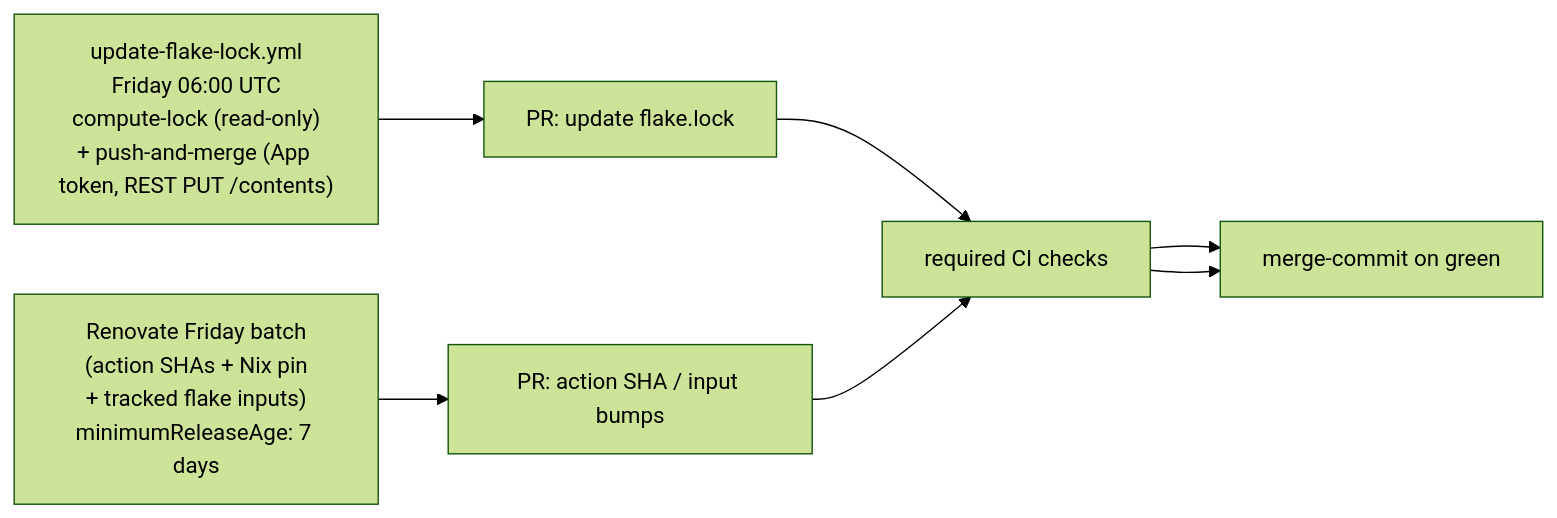
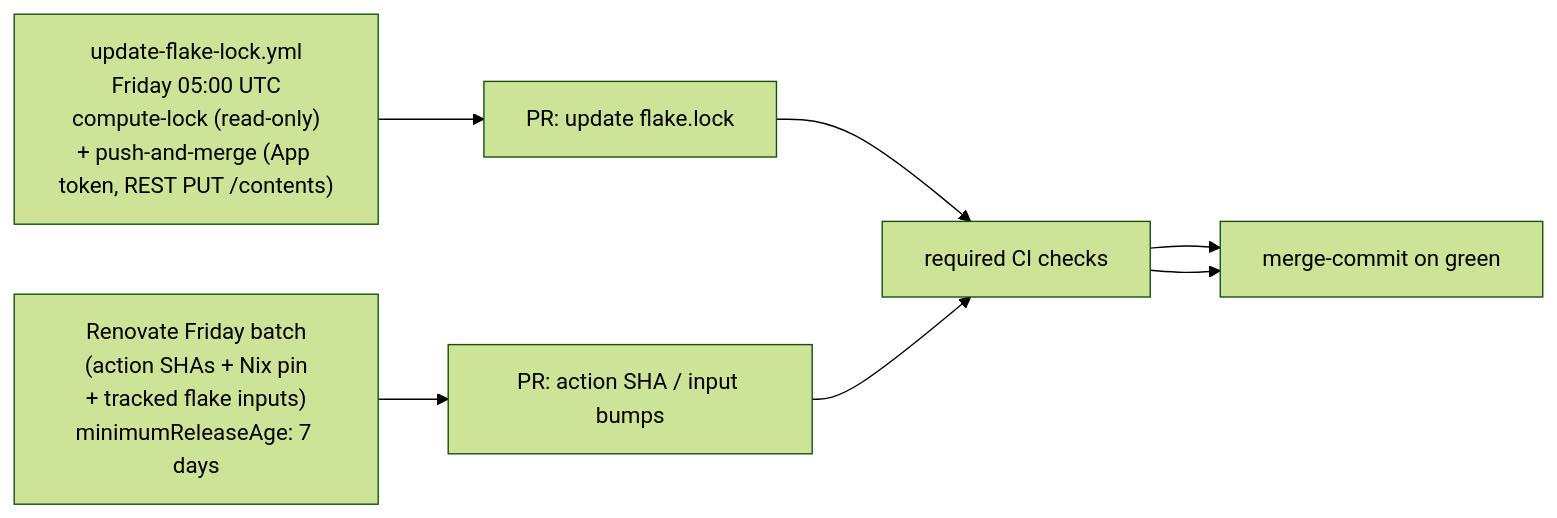
Before and after one commit to rvenutolo/linPEAS-flake: the third of 3 diagrams in docs/architecture/auto-update.md, drawn with Mermaid (forest theme). The commit also changed 2 other files, not shown here.

Commit message:
docs: correct stale update-flake-lock and reproducibility cron times
The authoritative schedule table in docs/architecture/ci.md and the
workflow crons disagree with three prose/diagram references:

- auto-update.md diagram said update-flake-lock runs Friday 06:00 UTC;
  the cron is `0 5 * * 5` (Friday 05:00 UTC).
- flake-input-bumps.md said the cron runs Monday 06:00 UTC; it is
  Friday 05:00 UTC.
- reproducibility-check.md said the workflow runs Sunday 06:00 UTC; the
  cron is `10 5 * * 5` (Friday 05:10 UTC).

Align all three with the real crons.

````diff
--- a/docs/architecture/auto-update.md
+++ b/docs/architecture/auto-update.md
@@ -45,12 +45,12 @@
 ```mermaid
 flowchart LR
-  flakelock["update-flake-lock.yml<br/>Friday 06:00 UTC<br/>compute-lock (read-only)<br/>+ push-and-merge (App token, REST PUT /contents)"]
+  flakelock["update-flake-lock.yml<br/>Friday 05:00 UTC<br/>compute-lock (read-only)<br/>+ push-and-merge (App token, REST PUT /contents)"]
   renovate["Renovate Friday batch<br/>(action SHAs + Nix pin<br/>+ tracked flake inputs)<br/>minimumReleaseAge: 7 days"]
   pr1["PR: update flake.lock"]
   pr2["PR: action SHA / input bumps"]
   ci["required CI checks"]
   merge["merge-commit on green"]
 
   flakelock --> pr1 --> ci --> merge
   renovate --> pr2 --> ci --> merge
 ```
````
